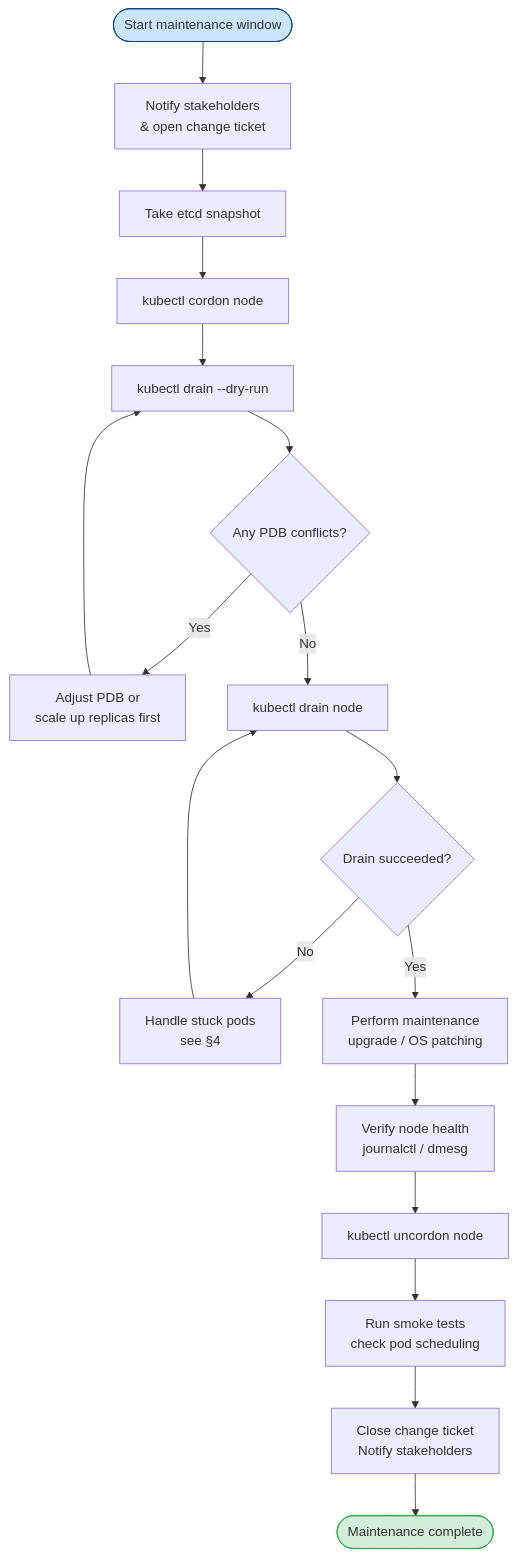
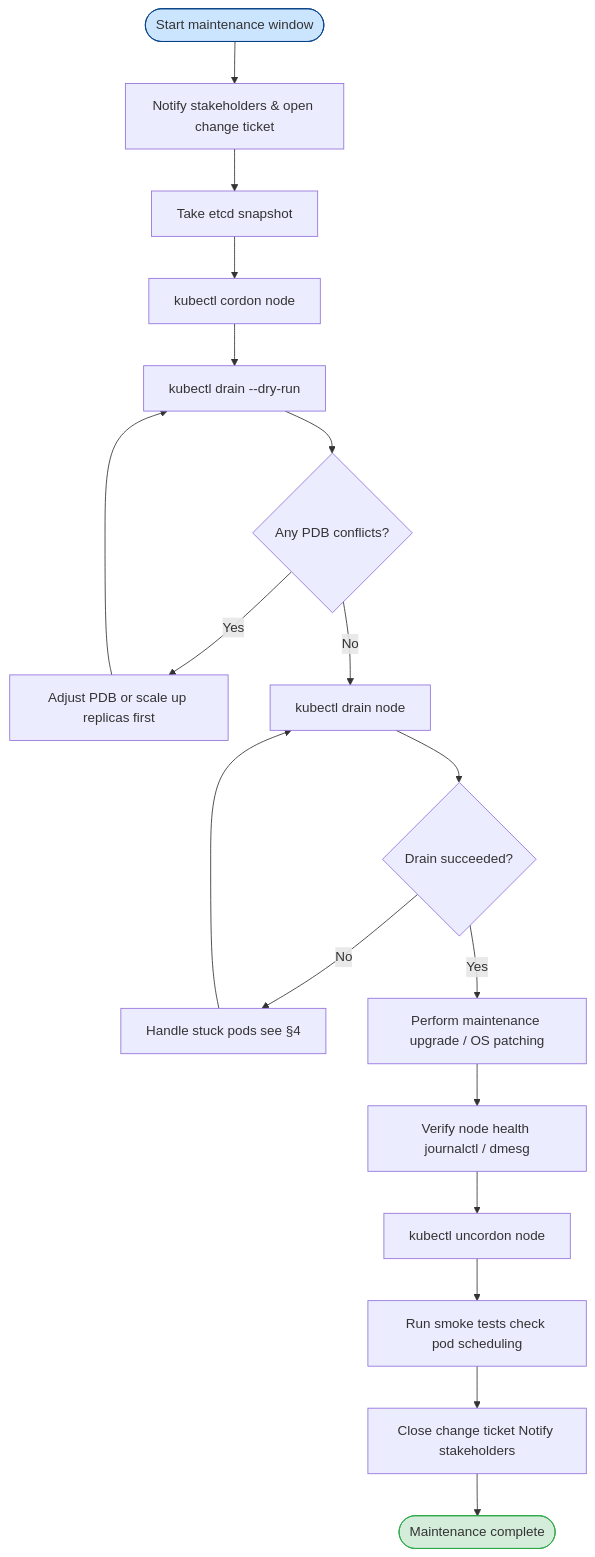
The diagram in 14_maintenance/02_node_drain_cordon.md (UncleJS/course_k3s), drawn with Mermaid before and after one commit. The commit also changed 57 other files, not shown here.

````diff
--- a/14_maintenance/02_node_drain_cordon.md
+++ b/14_maintenance/02_node_drain_cordon.md
@@ -247,23 +247,23 @@
 ```mermaid
 flowchart TD
-    Start([Start maintenance window]) --> Notify[Notify stakeholders\n& open change ticket]
+    Start([Start maintenance window]) --> Notify[Notify stakeholders & open change ticket]
     Notify --> Snapshot[Take etcd snapshot]
     Snapshot --> Cordon[kubectl cordon node]
     Cordon --> DryRun[kubectl drain --dry-run]
     DryRun --> Q1{Any PDB conflicts?}
-    Q1 -->|Yes| ResolvePDB[Adjust PDB or\nscale up replicas first]
+    Q1 -->|Yes| ResolvePDB[Adjust PDB or scale up replicas first]
     ResolvePDB --> DryRun
     Q1 -->|No| Drain[kubectl drain node]
     Drain --> Q2{Drain succeeded?}
-    Q2 -->|No| HandleStuck[Handle stuck pods\nsee §4]
+    Q2 -->|No| HandleStuck[Handle stuck pods see §4]
     HandleStuck --> Drain
-    Q2 -->|Yes| Work[Perform maintenance\nupgrade / OS patching]
-    Work --> Verify[Verify node health\njournalctl / dmesg]
+    Q2 -->|Yes| Work[Perform maintenance upgrade / OS patching]
+    Work --> Verify[Verify node health journalctl / dmesg]
     Verify --> Uncordon[kubectl uncordon node]
-    Uncordon --> SmokeTest[Run smoke tests\ncheck pod scheduling]
-    SmokeTest --> Close[Close change ticket\nNotify stakeholders]
+    Uncordon --> SmokeTest[Run smoke tests check pod scheduling]
+    SmokeTest --> Close[Close change ticket Notify stakeholders]
     Close --> Done([Maintenance complete])
 
     style Start fill:#cce5ff,stroke:#004085
     style Done fill:#d4edda,stroke:#28a745
 ```
````
